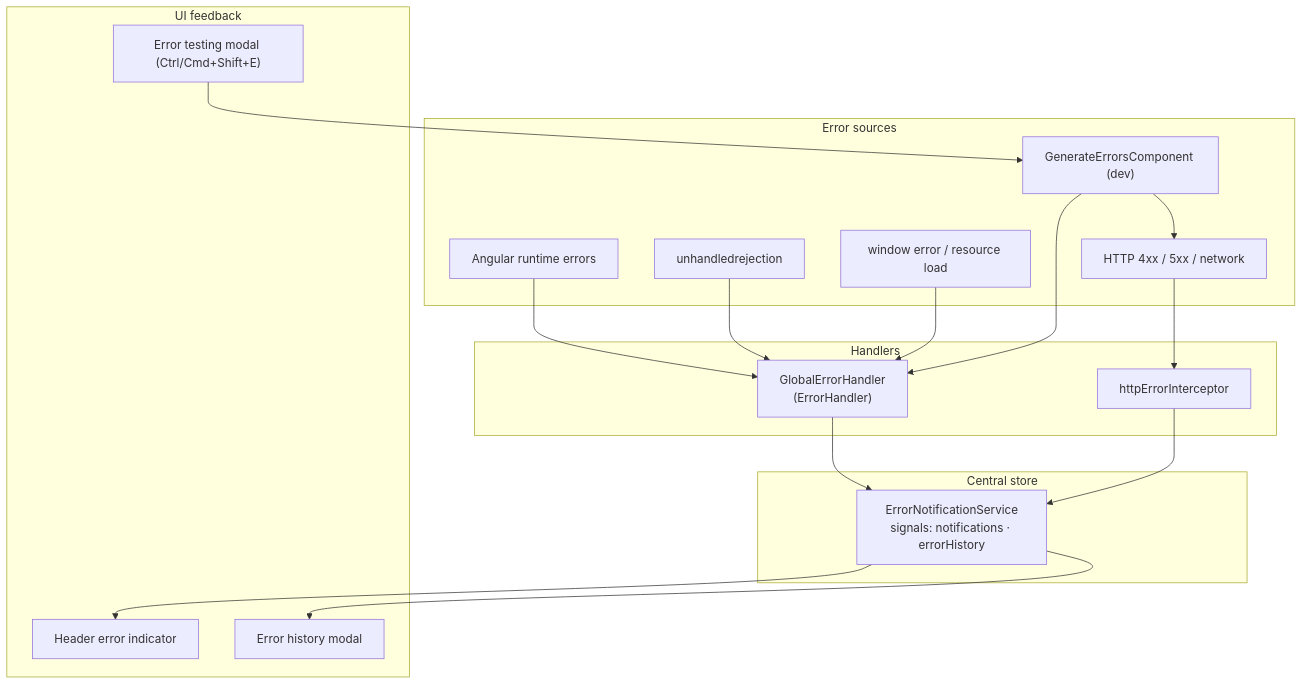
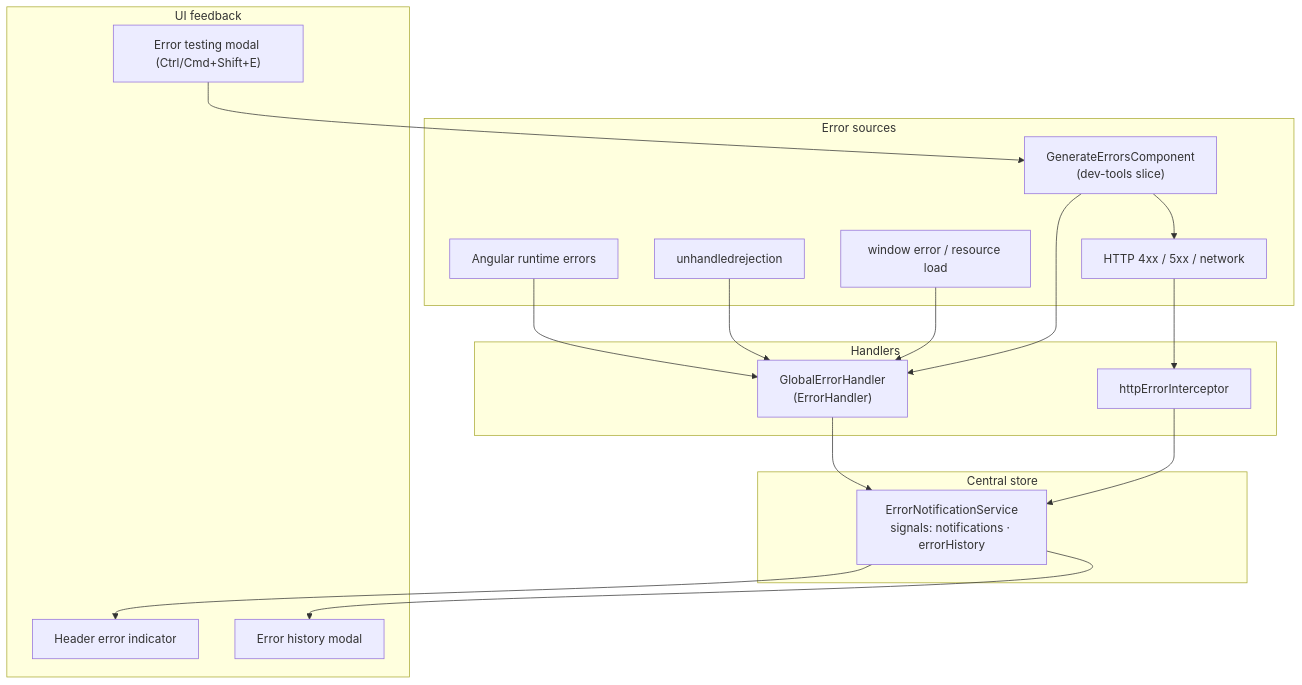
The eighth of 9 diagrams in README.md (lkovari/angular-seed), drawn with Mermaid before and after one commit. The commit also changed other lines of this file and 111 other files, not shown here.

Commit message:
Upgrade to v22 turn architecture to vertical sliced

````diff
--- a/README.md
+++ b/README.md
@@ -222,37 +340,37 @@
 ```mermaid
 flowchart TD
   subgraph sources["Error sources"]
     angular["Angular runtime errors"]
     promise["unhandledrejection"]
     windowErr["window error / resource load"]
     httpFail["HTTP 4xx / 5xx / network"]
-    manual["GenerateErrorsComponent (dev)"]
+    manual["GenerateErrorsComponent<br/>(dev-tools slice)"]
   end
 
   subgraph handlers["Handlers"]
     geh["GlobalErrorHandler<br/>(ErrorHandler)"]
     hei["httpErrorInterceptor"]
   end
 
   subgraph store["Central store"]
     ens["ErrorNotificationService<br/>signals: notifications · errorHistory"]
   end
 
   subgraph ui["UI feedback"]
     indicator["Header error indicator"]
     history["Error history modal"]
     modal["Error testing modal (Ctrl/Cmd+Shift+E)"]
   end
 
   angular --> geh
   promise --> geh
   windowErr --> geh
   httpFail --> hei
   manual --> geh
   manual --> httpFail
   geh --> ens
   hei --> ens
   ens --> indicator
   ens --> history
   modal --> manual
 ```
````
